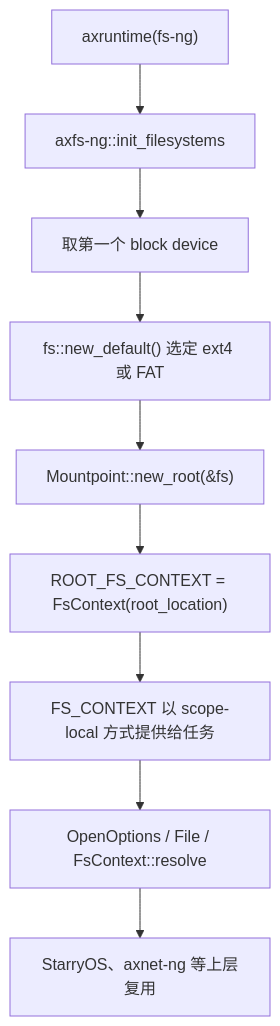
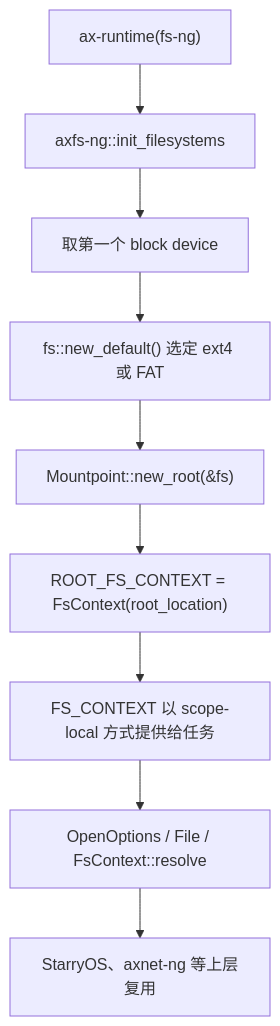
The first of 2 diagrams in docs/crates/axfs-ng.md (zKurisu/tgoskits), drawn with Mermaid before and after one commit. The commit also changed other lines of this file and 69 other files, not shown here.

Commit message:
rename axruntime to ax-runtime

````diff
--- a/docs/crates/axfs-ng.md
+++ b/docs/crates/axfs-ng.md
@@ -36,11 +36,11 @@
 ```mermaid
 flowchart TD
-    A["axruntime(fs-ng)"] --> B["axfs-ng::init_filesystems"]
+    A["ax-runtime(fs-ng)"] --> B["axfs-ng::init_filesystems"]
     B --> C["取第一个 block device"]
     C --> D["fs::new_default() 选定 ext4 或 FAT"]
     D --> E["Mountpoint::new_root(&fs)"]
     E --> F["ROOT_FS_CONTEXT = FsContext(root_location)"]
     F --> G["FS_CONTEXT 以 scope-local 方式提供给任务"]
     G --> H["OpenOptions / File / FsContext::resolve"]
     H --> I["StarryOS、axnet-ng 等上层复用"]
 ```
````
